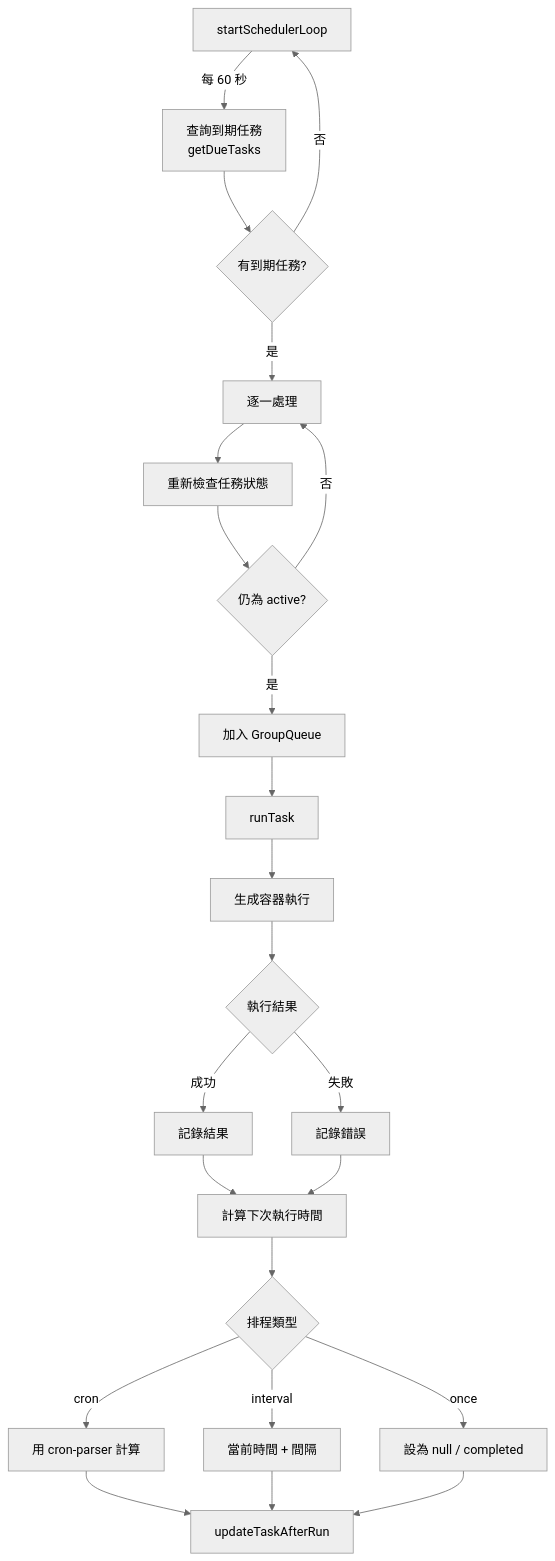
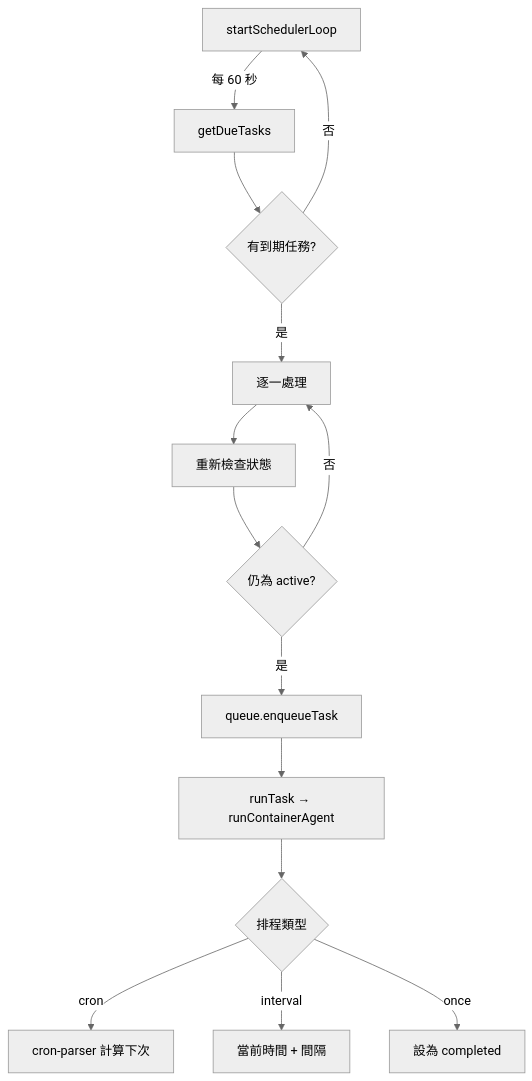
Diagram 13 of 39 in tutorial/TUTORIAL.md (shunwork/nanoclaw), drawn with Mermaid (neutral theme) before and after one commit. The commit also changed other lines of this file and 18 other files, not shown here.

````diff
--- a/tutorial/TUTORIAL.md
+++ b/tutorial/TUTORIAL.md
@@ -641,25 +738,16 @@
 ```mermaid
 graph TB
-    A[startSchedulerLoop] -->|每 60 秒| B[查詢到期任務<br>getDueTasks]
+    A[startSchedulerLoop] -->|每 60 秒| B[getDueTasks]
     B --> C{有到期任務?}
     C -->|否| A
     C -->|是| D[逐一處理]
-    D --> E[重新檢查任務狀態]
+    D --> E[重新檢查狀態]
     E --> F{仍為 active?}
     F -->|否| D
-    F -->|是| G[加入 GroupQueue]
-    G --> H[runTask]
-    H --> I[生成容器執行]
-    I --> J{執行結果}
-    J -->|成功| K[記錄結果]
-    J -->|失敗| L[記錄錯誤]
-    K --> M[計算下次執行時間]
-    L --> M
-    M --> N{排程類型}
-    N -->|cron| O[用 cron-parser 計算]
-    N -->|interval| P[當前時間 + 間隔]
-    N -->|once| Q[設為 null / completed]
-    O --> R[updateTaskAfterRun]
-    P --> R
-    Q --> R
+    F -->|是| G[queue.enqueueTask]
+    G --> H[runTask → runContainerAgent]
+    H --> I{排程類型}
+    I -->|cron| J[cron-parser 計算下次]
+    I -->|interval| K[當前時間 + 間隔]
+    I -->|once| L[設為 completed]
 ```
````
